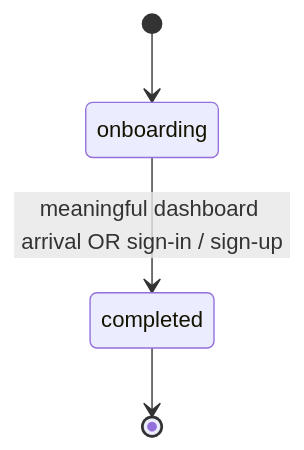
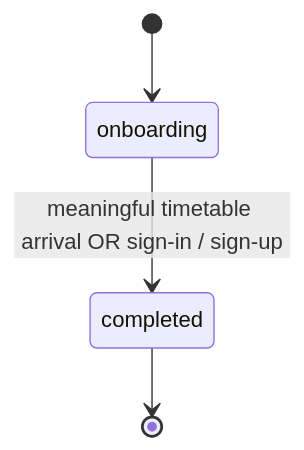
The diagram in openspec/specs/stories/complete-onboarding/spec.md (liverty-music/specification), drawn with Mermaid before and after one commit. The commit also changed other lines of this file and 61 other files, not shown here.

````diff
--- a/openspec/specs/stories/complete-onboarding/spec.md
+++ b/openspec/specs/stories/complete-onboarding/spec.md
@@ -18,6 +18,6 @@
 ```mermaid
 stateDiagram-v2
     [*] --> onboarding
-    onboarding --> completed : meaningful dashboard arrival OR sign-in / sign-up
+    onboarding --> completed : meaningful timetable arrival OR sign-in / sign-up
     completed --> [*]
 ```
````
